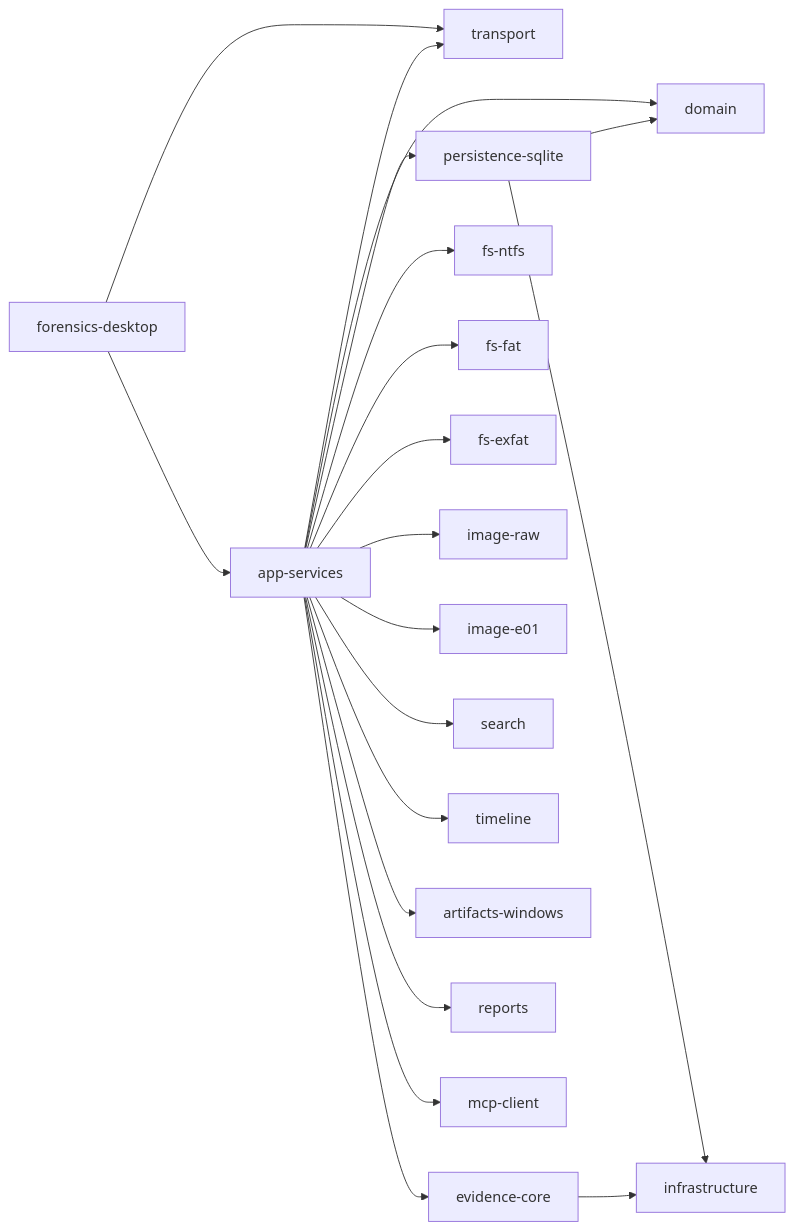
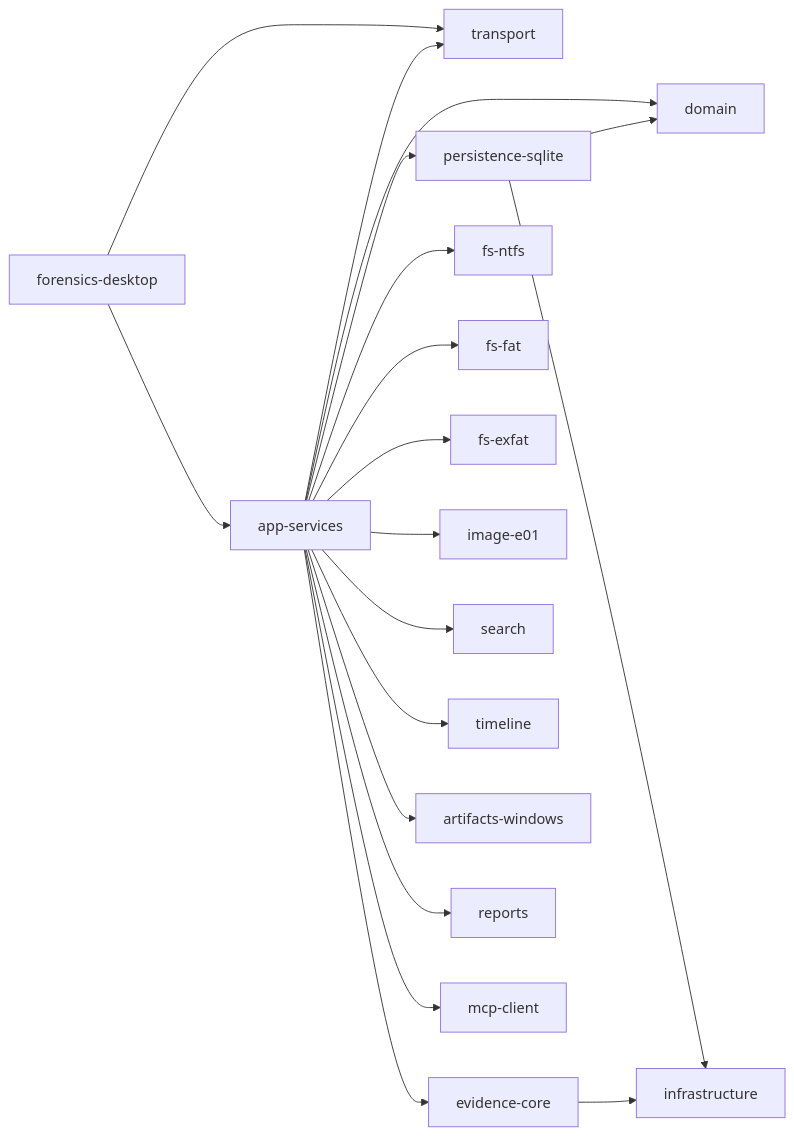
Before and after one commit to lQ-A-Ql/meow-detective: the second of 15 diagrams in docs/model-architecture-algorithm-diagrams.md, drawn with Mermaid. The commit also changed 14 other files, not shown here.

````diff
--- a/docs/model-architecture-algorithm-diagrams.md
+++ b/docs/model-architecture-algorithm-diagrams.md
@@ -35,40 +35,38 @@
 ```mermaid
 flowchart LR
   Desktop["forensics-desktop"]
   App["app-services"]
   Transport["transport"]
   Domain["domain"]
   Persistence["persistence-sqlite"]
   Evidence["evidence-core"]
   NTFS["fs-ntfs"]
   FAT["fs-fat"]
   EXFAT["fs-exfat"]
-  Raw["image-raw"]
   E01["image-e01"]
   Search["search"]
   Timeline["timeline"]
   Artifacts["artifacts-windows"]
   Reports["reports"]
   Mcp["mcp-client"]
   Infra["infrastructure"]
 
   Desktop --> App
   Desktop --> Transport
   App --> Transport
   App --> Domain
   App --> Persistence
   App --> Evidence
   App --> NTFS
   App --> FAT
   App --> EXFAT
-  App --> Raw
   App --> E01
   App --> Search
   App --> Timeline
   App --> Artifacts
   App --> Reports
   App --> Mcp
   Persistence --> Domain
   Persistence --> Infra
   Evidence --> Infra
 ```
````
